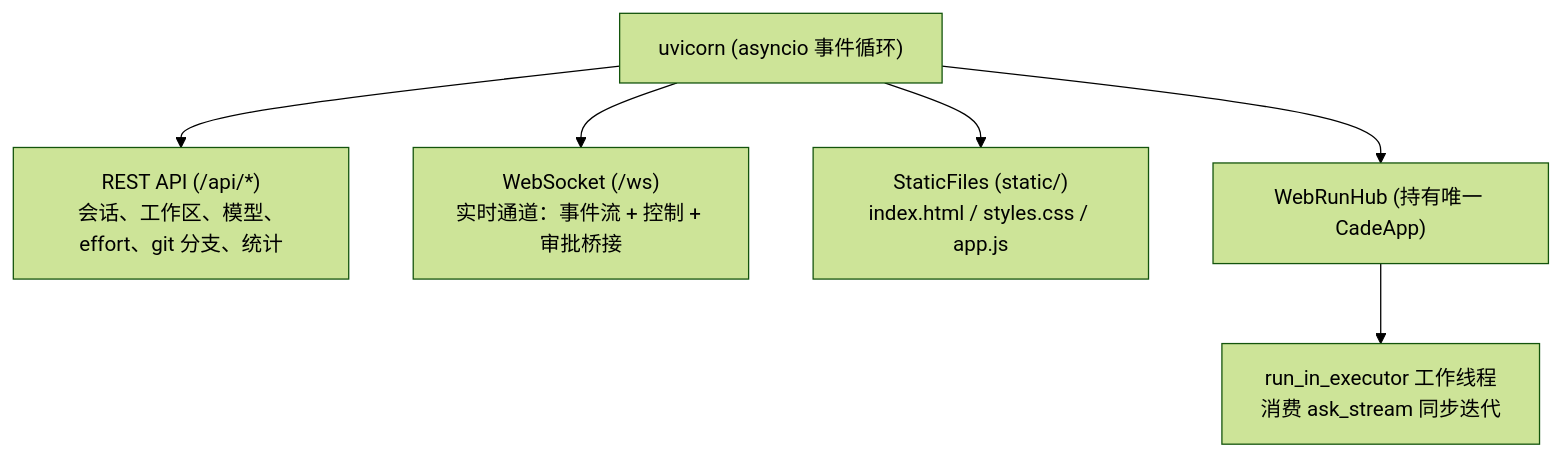
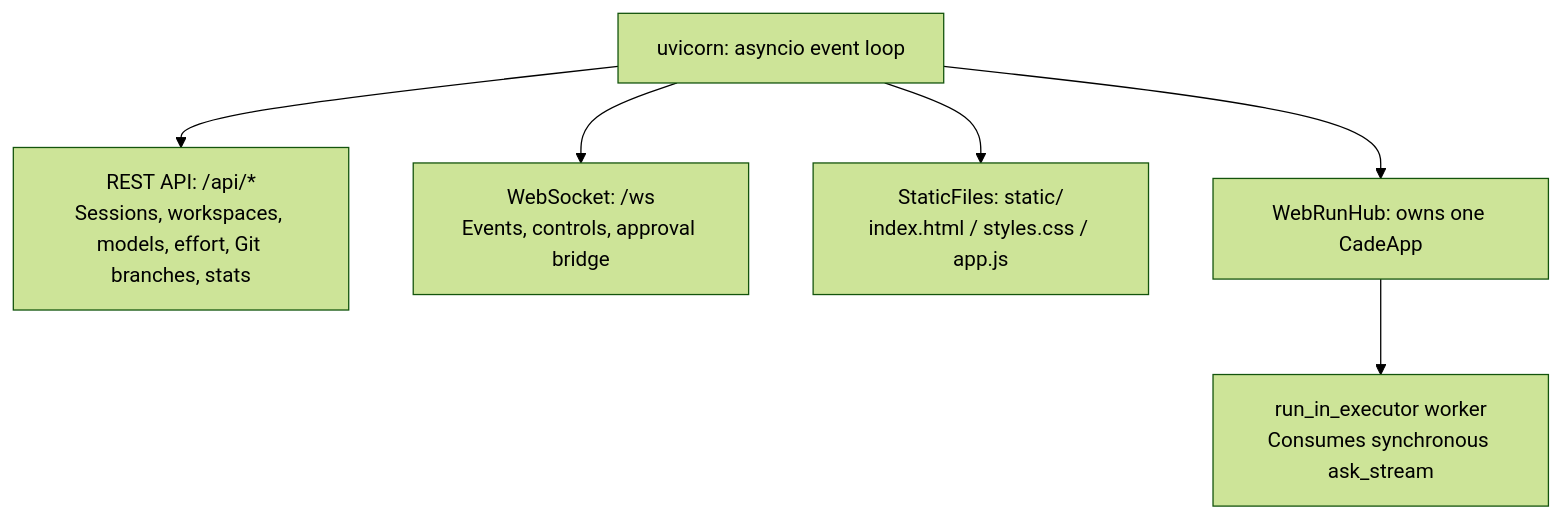
One commit to reddishJade/cade changed the diagram in docs/web.md. Above: the diagram before and after it, drawn with Mermaid (forest theme). The commit also changed other lines of this file and 93 other files, not shown here.

````diff
--- a/docs/web.md
+++ b/docs/web.md
@@ -18,9 +15,9 @@
 ```mermaid
 graph TD
-    Uvicorn["uvicorn (asyncio 事件循环)"]
-    Uvicorn --> REST["REST API (/api/*)<br/>会话、工作区、模型、effort、git 分支、统计"]
-    Uvicorn --> WS["WebSocket (/ws)<br/>实时通道：事件流 + 控制 + 审批桥接"]
-    Uvicorn --> Static["StaticFiles (static/)<br/>index.html / styles.css / app.js"]
-    Uvicorn --> Hub["WebRunHub (持有唯一 CadeApp)"]
-    Hub --> Worker["run_in_executor 工作线程<br/>消费 ask_stream 同步迭代"]
+    Uvicorn["uvicorn: asyncio event loop"]
+    Uvicorn --> REST["REST API: /api/*<br/>Sessions, workspaces, models, effort, Git branches, stats"]
+    Uvicorn --> WS["WebSocket: /ws<br/>Events, controls, approval bridge"]
+    Uvicorn --> Static["StaticFiles: static/<br/>index.html / styles.css / app.js"]
+    Uvicorn --> Hub["WebRunHub: owns one CadeApp"]
+    Hub --> Worker["run_in_executor worker<br/>Consumes synchronous ask_stream"]
 ```
````
